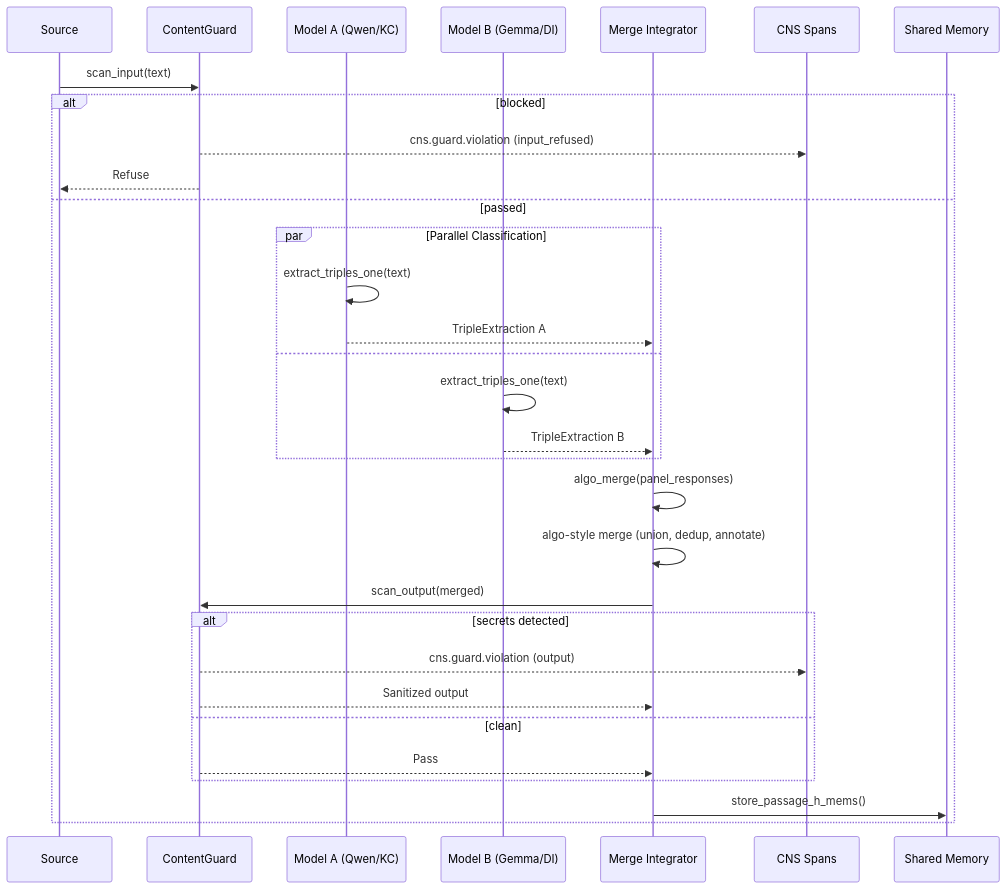
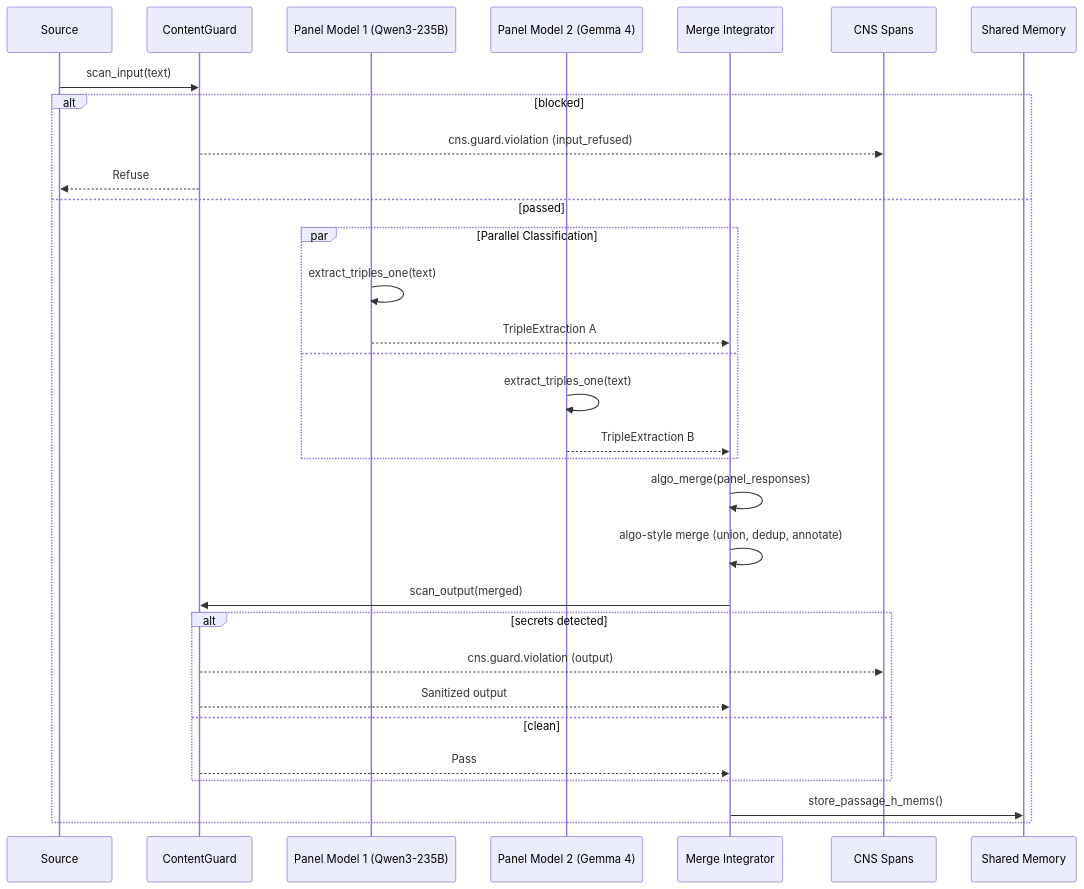
One commit to mdz-axo/hKask changed the eighth of 9 diagrams in docs/explanation/cognition-and-replica.md. Above: the diagram before and after it, drawn with Mermaid. The commit also changed other lines of this file and 25 other files, not shown here.

````diff
--- a/docs/explanation/cognition-and-replica.md
+++ b/docs/explanation/cognition-and-replica.md
@@ -844,37 +845,37 @@
 ```mermaid
 sequenceDiagram
     participant S as Source
     participant G as ContentGuard
-    participant MA as Model A (Qwen/KC)
-    participant MB as Model B (Gemma/DI)
+    participant MA as Panel Model 1 (Qwen3-235B)
+    participant MB as Panel Model 2 (Gemma 4)
     participant I as Merge Integrator
     participant CNS as CNS Spans
     participant M as Shared Memory
 
     S->>G: scan_input(text)
     alt blocked
         G-->>CNS: cns.guard.violation (input_refused)
         G-->>S: Refuse
     else passed
         par Parallel Classification
             MA->>MA: extract_triples_one(text)
             MA-->>I: TripleExtraction A
         and
             MB->>MB: extract_triples_one(text)
             MB-->>I: TripleExtraction B
         end
 
         I->>I: algo_merge(panel_responses)
         I->>I: algo-style merge (union, dedup, annotate)
 
         I->>G: scan_output(merged)
         alt secrets detected
             G-->>CNS: cns.guard.violation (output)
             G-->>I: Sanitized output
         else clean
             G-->>I: Pass
         end
 
         I->>M: store_passage_h_mems()
     end
 ```
````
